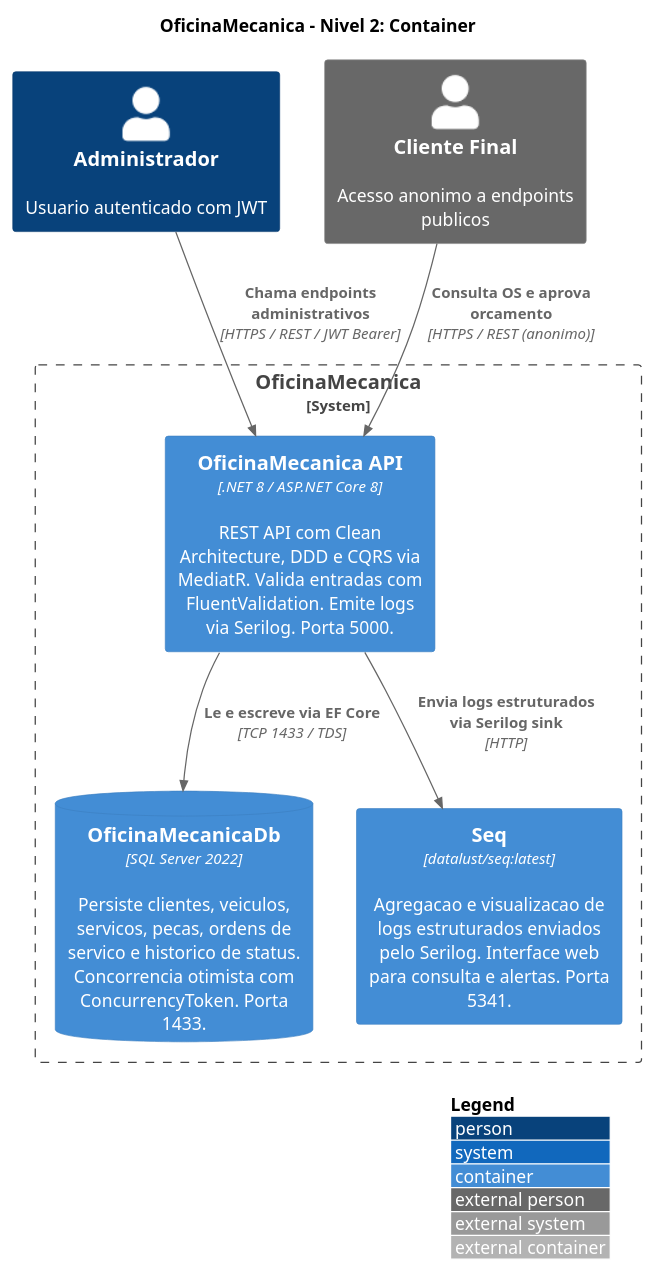
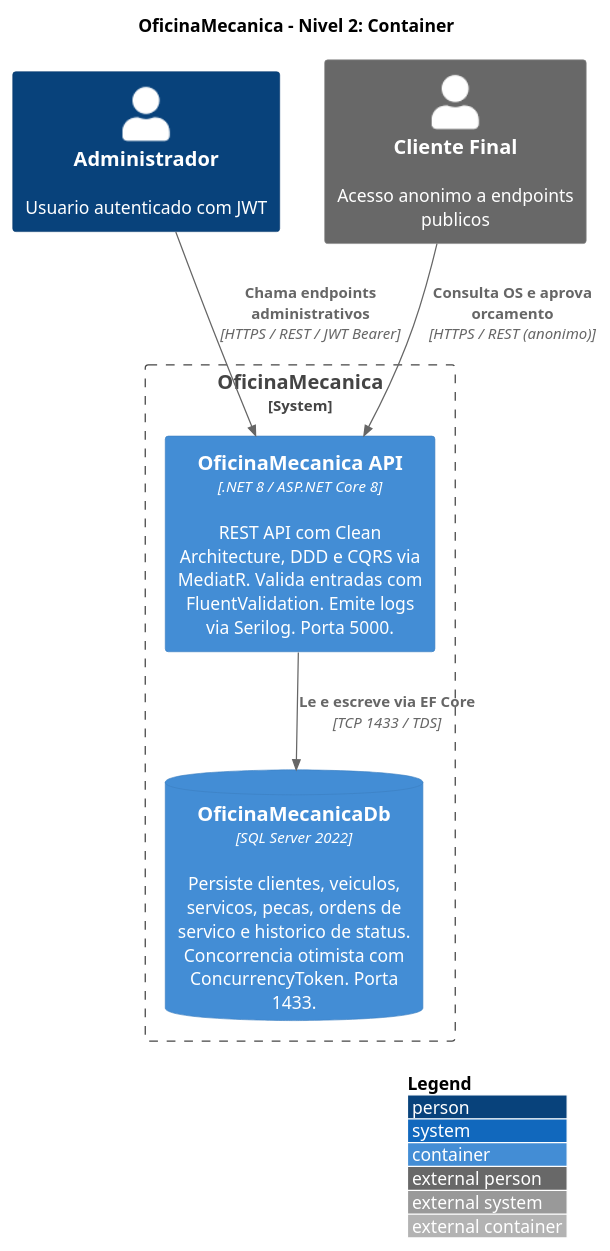
One commit to willianrmattos/OficinaMecanica changed the diagram in docs/c4-nivel2-container.puml. Above: the diagram before and after it, drawn with PlantUML. The commit also changed 51 other files, not shown here.

```diff
--- a/docs/c4-nivel2-container.puml
+++ b/docs/c4-nivel2-container.puml
@@ -1,23 +1,21 @@
 @startuml c4-nivel2-container
 !include <C4/C4_Container>
 
 LAYOUT_TOP_DOWN()
 LAYOUT_WITH_LEGEND()
 
 title OficinaMecanica - Nivel 2: Container
 
 Person(admin, "Administrador", "Usuario autenticado com JWT")
 Person_Ext(cliente, "Cliente Final", "Acesso anonimo a endpoints publicos")
 
 System_Boundary(oficina, "OficinaMecanica") {
     Container(api, "OficinaMecanica API", ".NET 8 / ASP.NET Core 8", "REST API com Clean Architecture, DDD e CQRS via MediatR. Valida entradas com FluentValidation. Emite logs via Serilog. Porta 5000.")
     ContainerDb(db, "OficinaMecanicaDb", "SQL Server 2022", "Persiste clientes, veiculos, servicos, pecas, ordens de servico e historico de status. Concorrencia otimista com ConcurrencyToken. Porta 1433.")
-    Container(seq, "Seq", "datalust/seq:latest", "Agregacao e visualizacao de logs estruturados enviados pelo Serilog. Interface web para consulta e alertas. Porta 5341.")
 }
 
 Rel(admin, api, "Chama endpoints administrativos", "HTTPS / REST / JWT Bearer")
 Rel(cliente, api, "Consulta OS e aprova orcamento", "HTTPS / REST (anonimo)")
 Rel(api, db, "Le e escreve via EF Core", "TCP 1433 / TDS")
-Rel(api, seq, "Envia logs estruturados via Serilog sink", "HTTP")
 
 @enduml
```
